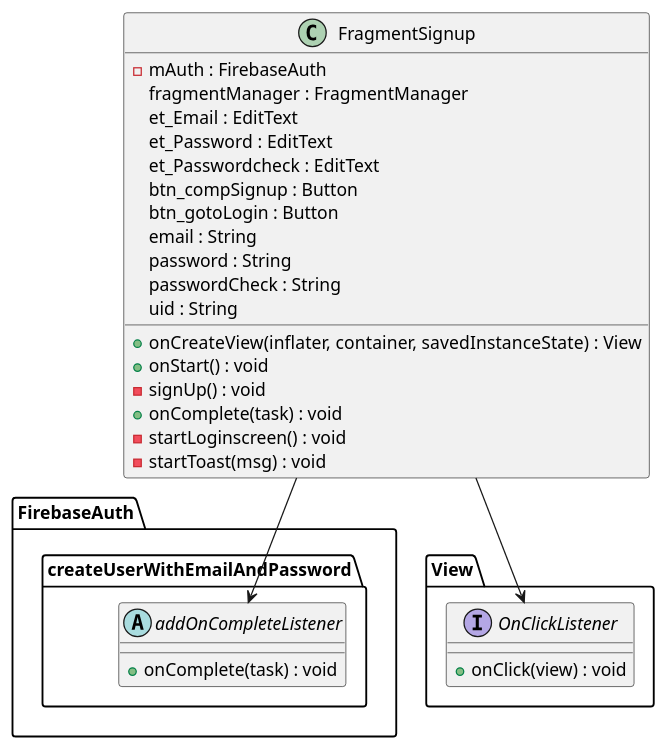
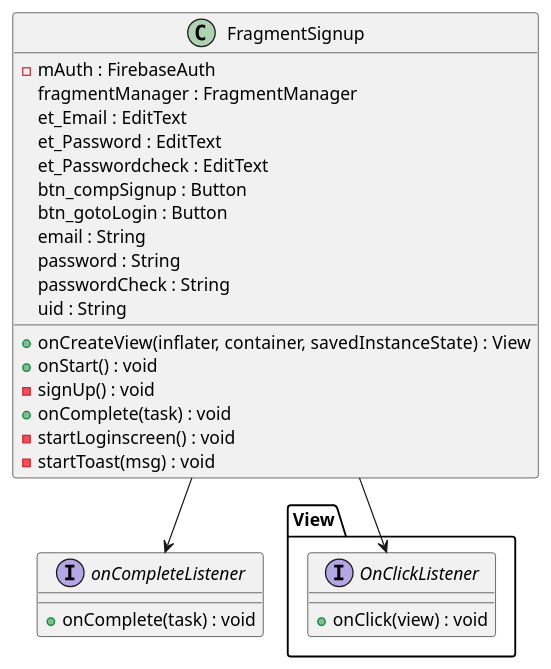
The diagram in app/src/main/java/com/daejin/subwayapp/diagram/FragmentSignupClass.puml (CherryIntoSpace/SubwayApp), drawn with PlantUML before and after one commit. The commit also changed 8 other files, not shown here.

Commit message:
2023-11-03 diagram

```diff
--- a/app/src/main/java/com/daejin/subwayapp/diagram/FragmentSignupClass.puml
+++ b/app/src/main/java/com/daejin/subwayapp/diagram/FragmentSignupClass.puml
@@ -1,35 +1,33 @@
 @startuml
-FragmentSignup --> FirebaseAuth.createUserWithEmailAndPassword.addOnCompleteListener
+FragmentSignup --> onCompleteListener
 FragmentSignup --> View.OnClickListener
 class FragmentSignup {
     -mAuth : FirebaseAuth
     fragmentManager : FragmentManager
     et_Email : EditText
     et_Password : EditText
     et_Passwordcheck : EditText
     btn_compSignup : Button
     btn_gotoLogin : Button
     email : String
     password : String
     passwordCheck : String
     uid : String
 
     +onCreateView(inflater, container, savedInstanceState) : View
     +onStart() : void
     -signUp() : void
     +onComplete(task) : void
     -startLoginscreen() : void
     -startToast(msg) : void
 }
 
-namespace FirebaseAuth.createUserWithEmailAndPassword{
-    abstract class addOnCompleteListener {
-        +onComplete(task) : void
-    }
+interface onCompleteListener {
+    +onComplete(task) : void
 }
 
 interface View.OnClickListener {
     +onClick(view) : void
 }
 
 @enduml
```
